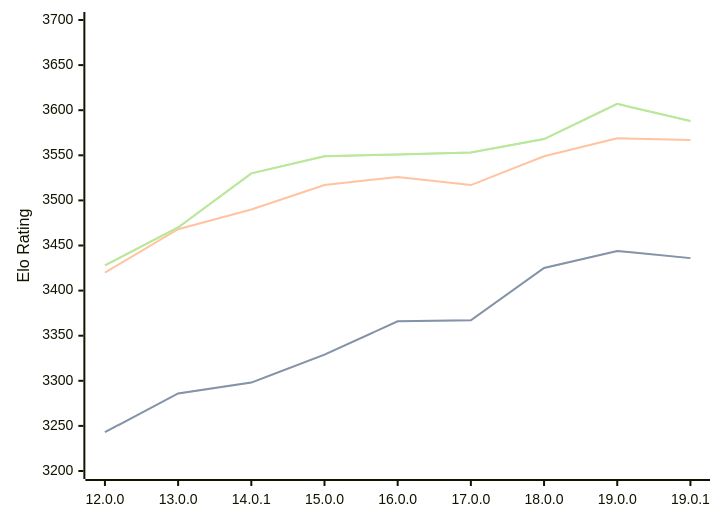
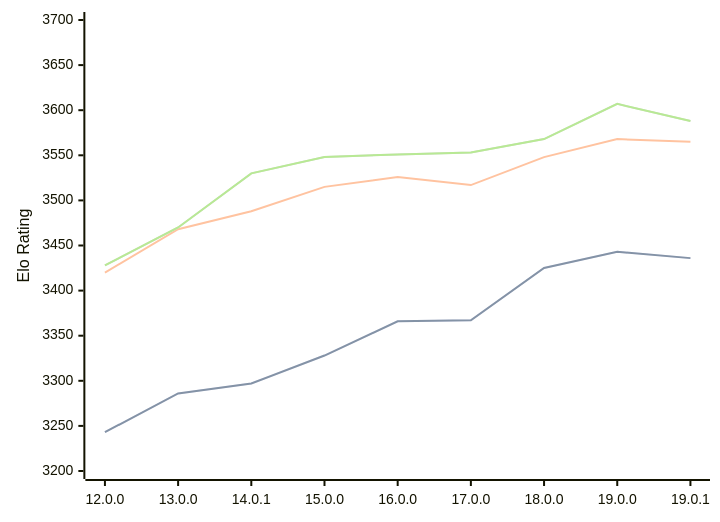
The diagram in engines/Viridithas.md (computer-chess-index/cci), drawn with Mermaid before and after one commit. The commit also changed other lines of this file, not shown here.

Commit message:
Update CCI Ratings (ELO VLTC) - 2026-03-15

````diff
--- a/engines/Viridithas.md
+++ b/engines/Viridithas.md
@@ -61,11 +61,11 @@
 ```mermaid
 %%{init: {"theme":"base","themeVariables":{"seriesColors:['#a3a3a3','#222221','#faa371']}}}%%
 xychart-beta
   x-axis ["12.0.0", "13.0.0", "14.0.1", "15.0.0", "16.0.0", "17.0.0", "18.0.0", "19.0.0", "19.0.1"]
   y-axis "Elo Rating" 3200 --> 3700
-  line "STC (8.0+0.08s)" [3243, 3286, 3298, 3329, 3366, 3367, 3425, 3444, 3436]
-  line "STC (8.0+0.08s)" [3243, 3286, 3298, 3329, 3366, 3367, 3425, 3444, 3436]
-  line "LTC (60.0+0.60s)" [3420, 3468, 3490, 3517, 3526, 3517, 3549, 3569, 3567]
-  line "VLTC (2m24s+1.12s)" [3428, 3470, 3530, 3549, 3551, 3553, 3568, 3607, 3588]
-  line "VLTC (2m24s+1.12s)" [3428, 3470, 3530, 3549, 3551, 3553, 3568, 3607, 3588]
+  line "STC (8.0+0.08s)" [3243, 3286, 3297, 3328, 3366, 3367, 3425, 3443, 3436]
+  line "STC (8.0+0.08s)" [3243, 3286, 3297, 3328, 3366, 3367, 3425, 3443, 3436]
+  line "LTC (60.0+0.60s)" [3420, 3468, 3488, 3515, 3526, 3517, 3548, 3568, 3565]
+  line "VLTC (2m24s+1.12s)" [3428, 3470, 3530, 3548, 3551, 3553, 3568, 3607, 3588]
+  line "VLTC (2m24s+1.12s)" [3428, 3470, 3530, 3548, 3551, 3553, 3568, 3607, 3588]
 ```
````
